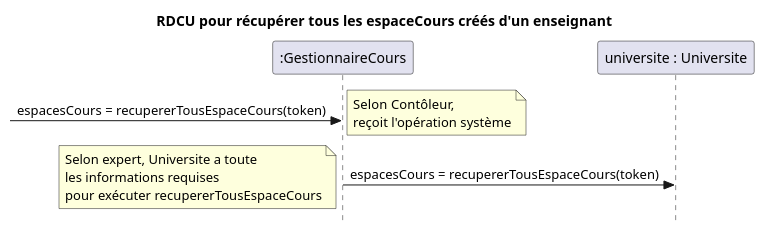
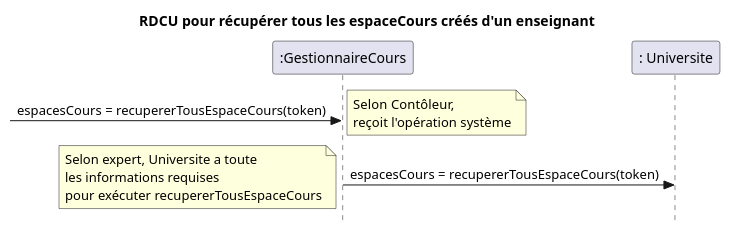
One commit to nerdz88/SGA-TS changed the first of 2 diagrams in docs/Récupérer cours/RDCU_Recuperer_Cours.puml. Above: the diagram before and after it, drawn with PlantUML. The commit also changed 18 other files, not shown here.

```diff
--- a/docs/Récupérer cours/RDCU_Recuperer_Cours.puml
+++ b/docs/Récupérer cours/RDCU_Recuperer_Cours.puml
@@ -1,12 +1,12 @@
 @startuml récupérer tous les cours créés
 skinparam style strictuml
 skinparam defaultfontname Verdana
 title RDCU pour récupérer tous les espaceCours créés d'un enseignant
 participant ":GestionnaireCours" as controleur
-participant "universite : Universite" as mapCours
+participant ": Universite" as mapCours
 
 ->controleur : espacesCours = recupererTousEspaceCours(token)
 note right : Selon Contôleur,\nreçoit l'opération système
 controleur -> mapCours : espacesCours = recupererTousEspaceCours(token)
 note left : Selon expert, Universite a toute\nles informations requises\npour exécuter recupererTousEspaceCours
 @enduml
```
